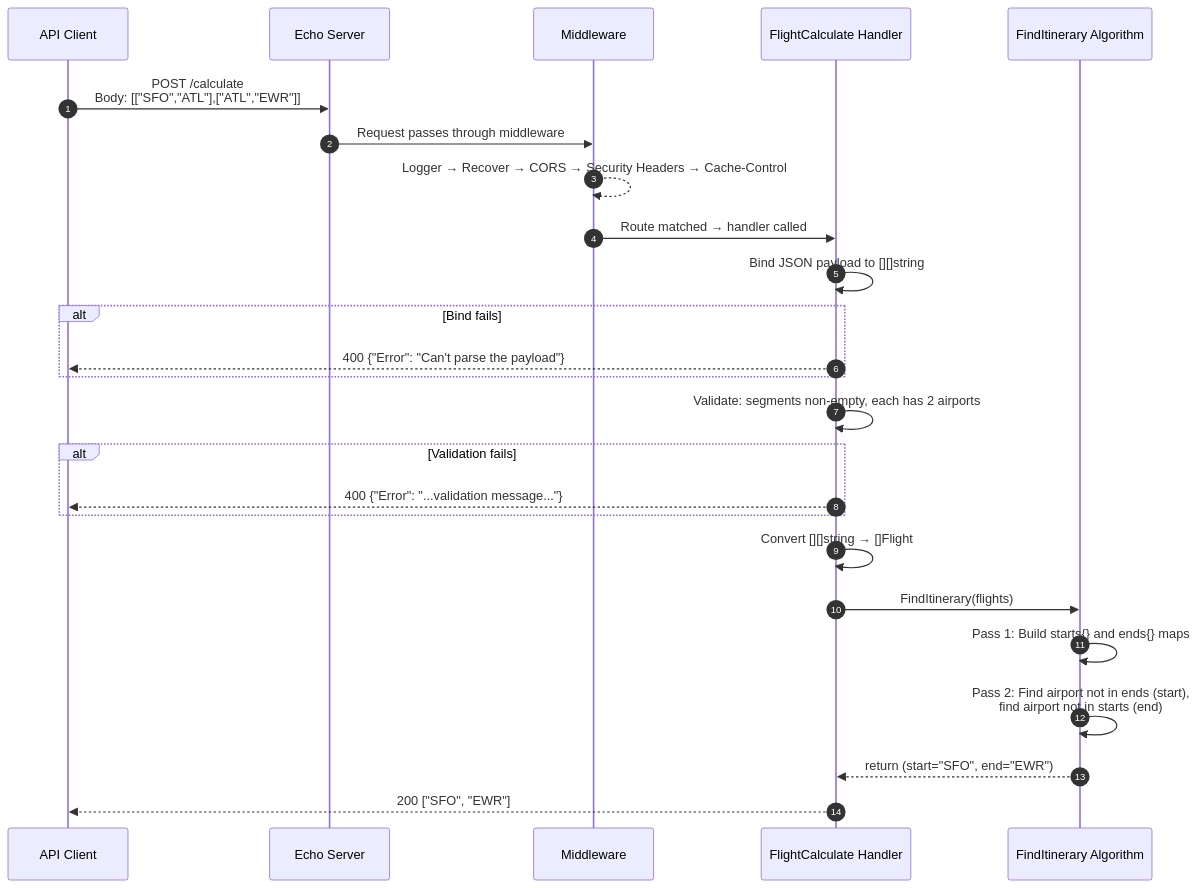
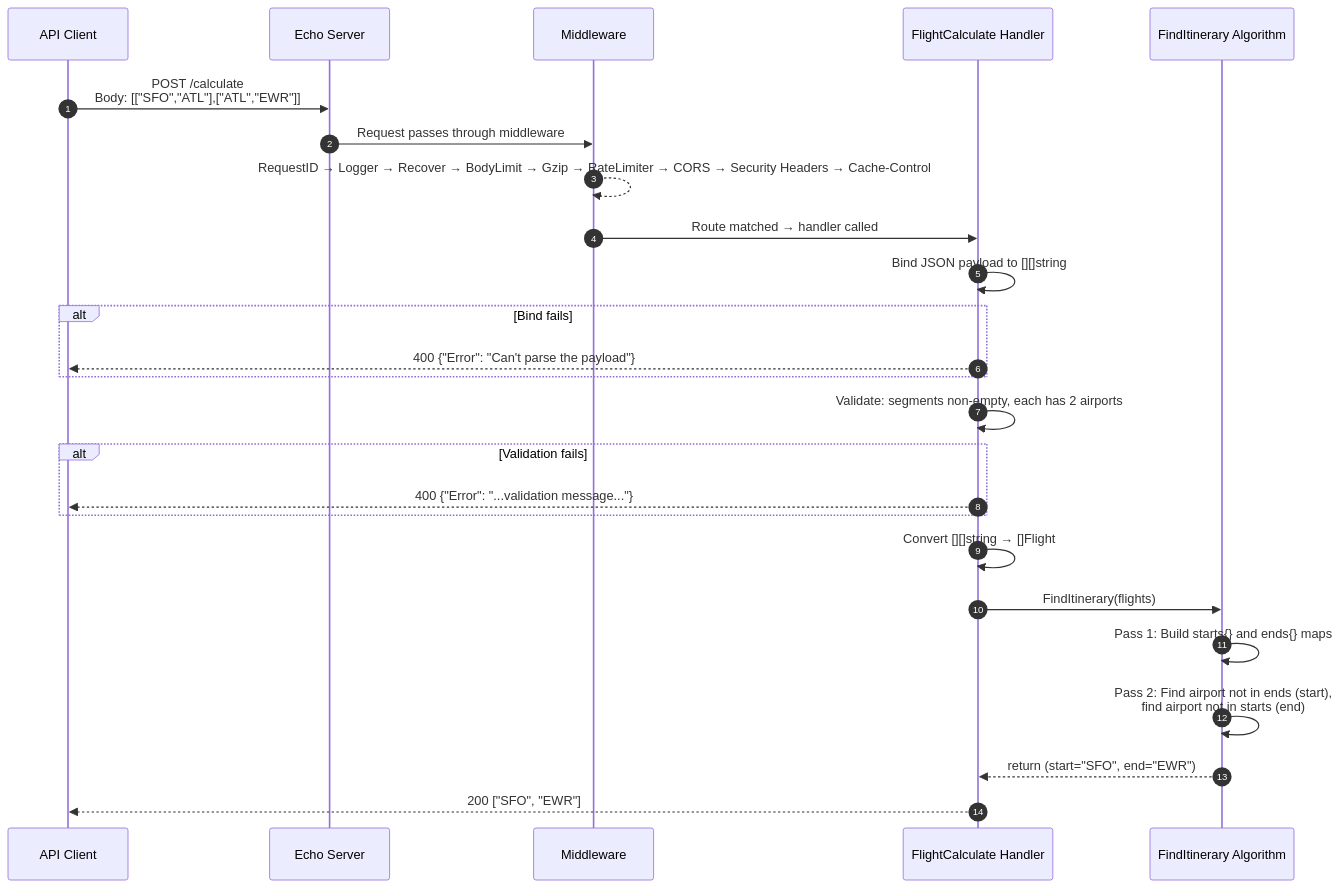
The second of 5 diagrams in docs/ARCHITECTURE.md (AndriyKalashnykov/flight-path), drawn with Mermaid before and after one commit. The commit also changed other lines of this file and 12 other files, not shown here.

````diff
--- a/docs/ARCHITECTURE.md
+++ b/docs/ARCHITECTURE.md
@@ -37,33 +37,33 @@
 ```mermaid
 sequenceDiagram
     autonumber
     participant C as API Client
     participant E as Echo Server
     participant MW as Middleware
     participant H as FlightCalculate Handler
     participant A as FindItinerary Algorithm
 
     C->>E: POST /calculate<br/>Body: [["SFO","ATL"],["ATL","EWR"]]
     E->>MW: Request passes through middleware
-    MW-->>MW: Logger → Recover → CORS → Security Headers → Cache-Control
+    MW-->>MW: RequestID → Logger → Recover → BodyLimit → Gzip → RateLimiter → CORS → Security Headers → Cache-Control
     MW->>H: Route matched → handler called
 
     H->>H: Bind JSON payload to [][]string
     alt Bind fails
         H-->>C: 400 {"Error": "Can't parse the payload"}
     end
 
     H->>H: Validate: segments non-empty, each has 2 airports
     alt Validation fails
         H-->>C: 400 {"Error": "...validation message..."}
     end
 
     H->>H: Convert [][]string → []Flight
     H->>A: FindItinerary(flights)
 
     A->>A: Pass 1: Build starts{} and ends{} maps
     A->>A: Pass 2: Find airport not in ends (start),<br/>find airport not in starts (end)
     A-->>H: return (start="SFO", end="EWR")
 
     H-->>C: 200 ["SFO", "EWR"]
 ```
````
